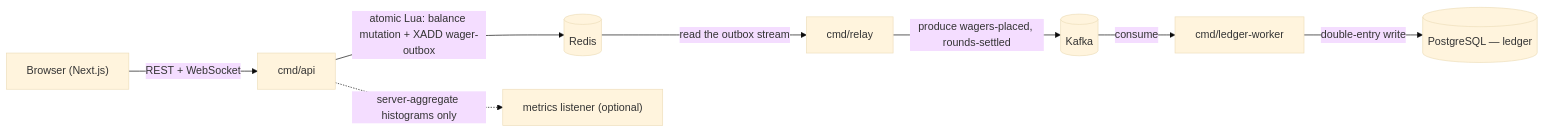
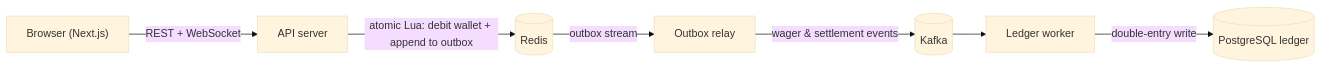
Before and after one commit to zorojuro12/call_it: the diagram in README.md, drawn with Mermaid (base theme). The commit also changed other lines of this file and 2 other files, not shown here.

````diff
--- a/README.md
+++ b/README.md
@@ -21,19 +36,17 @@
 ```mermaid
 flowchart LR
     Browser["Browser (Next.js)"]
-    API["cmd/api"]
+    API["API server"]
     Redis[("Redis")]
-    Relay["cmd/relay"]
+    Relay["Outbox relay"]
     Kafka[("Kafka")]
-    Worker["cmd/ledger-worker"]
-    Postgres[("PostgreSQL — ledger")]
-    Metrics["metrics listener (optional)"]
+    Worker["Ledger worker"]
+    Postgres[("PostgreSQL ledger")]
 
     Browser -- "REST + WebSocket" --> API
-    API -- "atomic Lua: balance mutation + XADD wager-outbox" --> Redis
-    Redis -- "read the outbox stream" --> Relay
-    Relay -- "produce wagers-placed, rounds-settled" --> Kafka
-    Kafka -- "consume" --> Worker
+    API -- "atomic Lua: debit wallet + append to outbox" --> Redis
+    Redis -- "outbox stream" --> Relay
+    Relay -- "wager & settlement events" --> Kafka
+    Kafka --> Worker
     Worker -- "double-entry write" --> Postgres
-    API -. "server-aggregate histograms only" .-> Metrics
 ```
````
